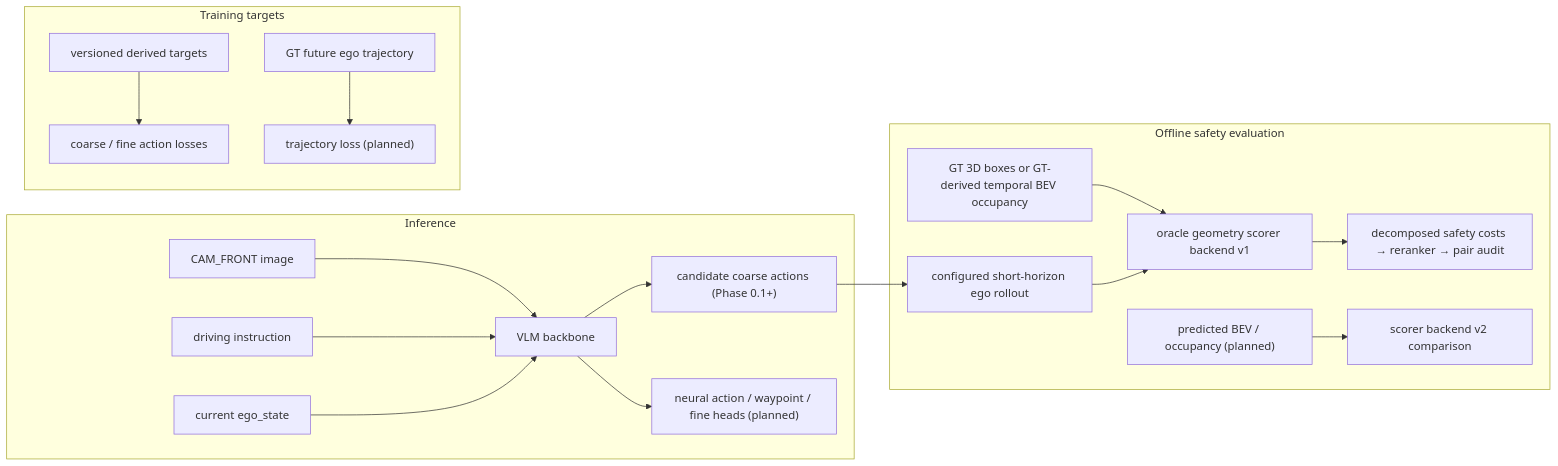
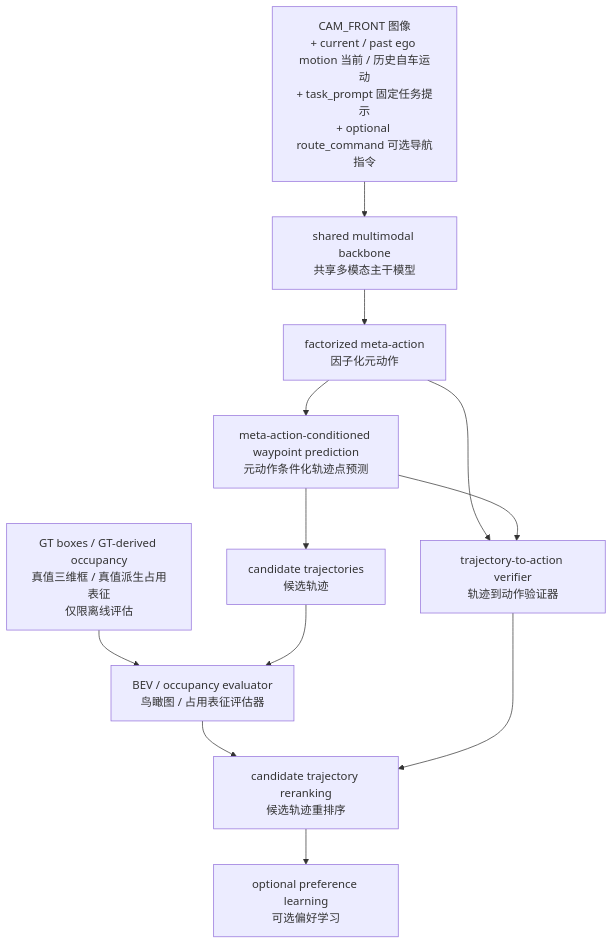
One commit to TNAG031231/4vla_learning changed the first of 2 diagrams in project_mvp_plan.md. Above: the diagram before and after it, drawn with Mermaid. The commit also changed other lines of this file, not shown here.

````diff
--- a/project_mvp_plan.md
+++ b/project_mvp_plan.md
@@ -30,23 +75,14 @@
 ```mermaid
-flowchart LR
-    subgraph Inference
-        A["CAM_FRONT image"] --> D["VLM backbone"]
-        B["driving instruction"] --> D
-        C["current ego_state"] --> D
-        D --> E["candidate coarse actions (Phase 0.1+)"]
-        D --> F["neural action / waypoint / fine heads (planned)"]
-    end
-
-    subgraph Training targets
-        G["versioned derived targets"] --> H["coarse / fine action losses"]
-        I["GT future ego trajectory"] --> J["trajectory loss (planned)"]
-    end
-
-    subgraph Offline safety evaluation
-        E --> M["configured short-horizon ego rollout"]
-        K["GT 3D boxes or GT-derived temporal BEV occupancy"] --> L["oracle geometry scorer backend v1"]
-        M --> L
-        L --> N["decomposed safety costs → reranker → pair audit"]
-        O["predicted BEV / occupancy (planned)"] --> P["scorer backend v2 comparison"]
-    end
+flowchart TD
+    A["CAM_FRONT 图像<br/>+ current / past ego motion 当前 / 历史自车运动<br/>+ task_prompt 固定任务提示<br/>+ optional route_command 可选导航指令"] --> B["shared multimodal backbone<br/>共享多模态主干模型"]
+    B --> C["factorized meta-action<br/>因子化元动作"]
+    C --> D["meta-action-conditioned waypoint prediction<br/>元动作条件化轨迹点预测"]
+    C --> E["trajectory-to-action verifier<br/>轨迹到动作验证器"]
+    D --> E
+    D --> F["candidate trajectories<br/>候选轨迹"]
+    G["GT boxes / GT-derived occupancy<br/>真值三维框 / 真值派生占用表征<br/>仅限离线评估"] --> H["BEV / occupancy evaluator<br/>鸟瞰图 / 占用表征评估器"]
+    F --> H
+    H --> I["candidate trajectory reranking<br/>候选轨迹重排序"]
+    E --> I
+    I --> J["optional preference learning<br/>可选偏好学习"]
 ```
````
